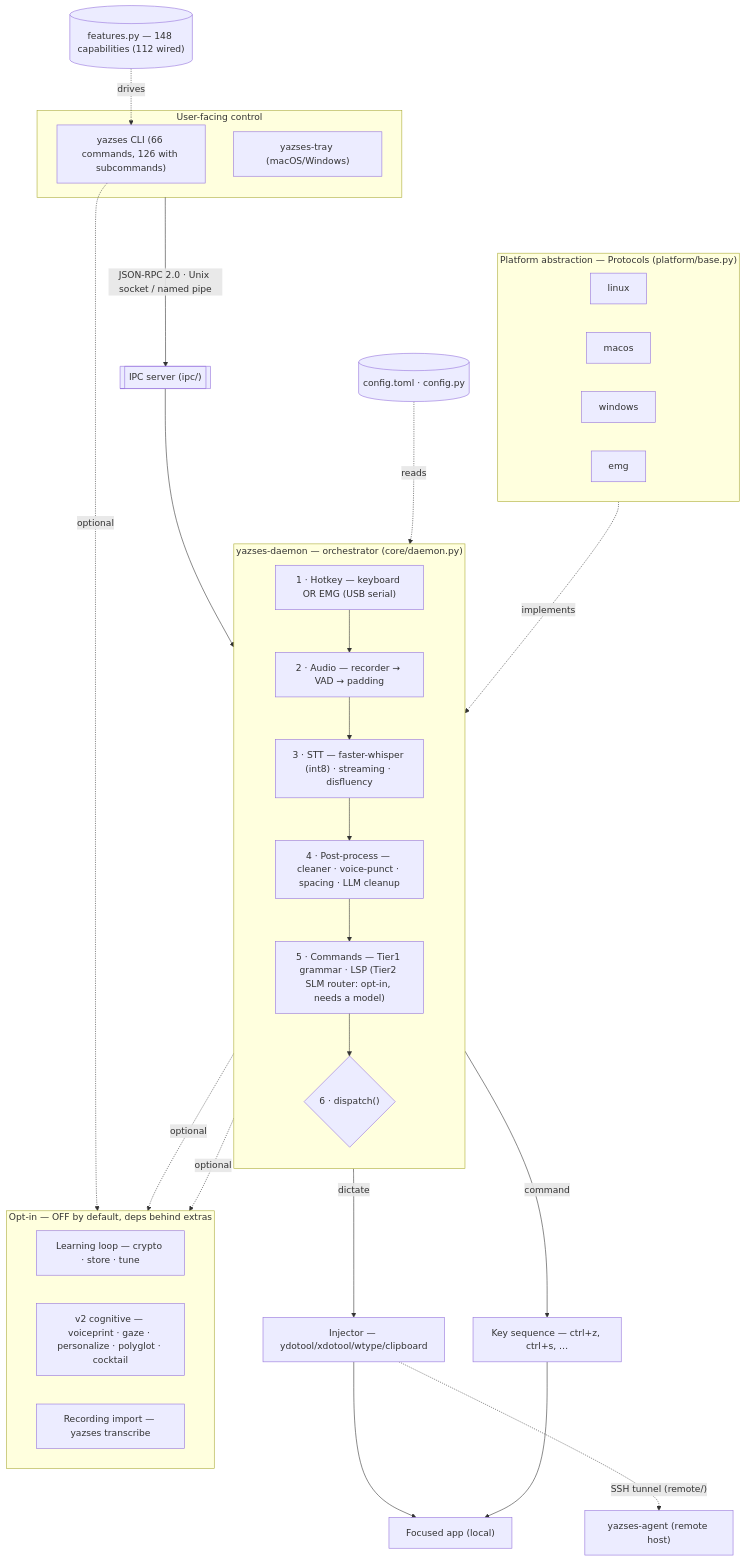
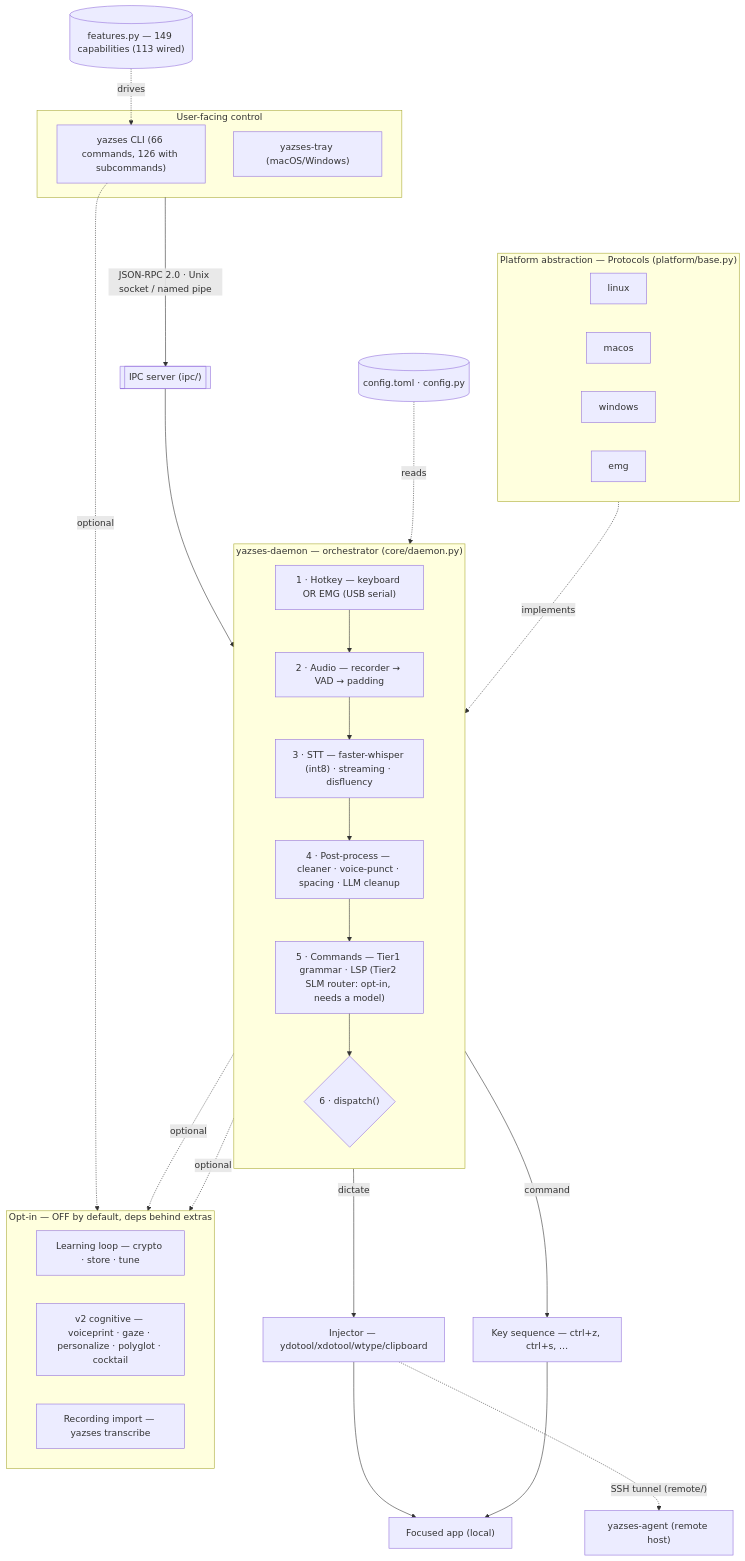
The diagram in docs/diagrams/index.md (MSKazemi/yazses), drawn with Mermaid before and after one commit. The commit also changed 17 other files, not shown here.

````diff
--- a/docs/diagrams/index.md
+++ b/docs/diagrams/index.md
@@ -22,50 +22,50 @@
 ```mermaid
 flowchart TB
   subgraph UI["User-facing control"]
     CLI["yazses CLI (66 commands, 126 with subcommands)"]
     TRAY["yazses-tray (macOS/Windows)"]
   end
   UI -->|"JSON-RPC 2.0 · Unix socket / named pipe"| IPC[["IPC server (ipc/)"]]
   IPC --> DAEMON
 
   subgraph DAEMON["yazses-daemon — orchestrator (core/daemon.py)"]
     direction TB
     HK["1 · Hotkey — keyboard OR EMG (USB serial)"]
     AUD["2 · Audio — recorder → VAD → padding"]
     STT["3 · STT — faster-whisper (int8) · streaming · disfluency"]
     PP["4 · Post-process — cleaner · voice-punct · spacing · LLM cleanup"]
     CMD["5 · Commands — Tier1 grammar · LSP (Tier2 SLM router: opt-in, needs a model)"]
     DIS{"6 · dispatch()"}
     HK --> AUD --> STT --> PP --> CMD --> DIS
   end
 
   CFG[("config.toml · config.py")]
-  FEAT[("features.py — 148 capabilities (112 wired)")]
+  FEAT[("features.py — 149 capabilities (113 wired)")]
   CFG -. reads .-> DAEMON
   FEAT -. drives .-> CLI
 
   DIS -->|dictate| INJ["Injector — ydotool/xdotool/wtype/clipboard"]
   DIS -->|command| KEYS["Key sequence — ctrl+z, ctrl+s, …"]
   INJ --> APP["Focused app (local)"]
   KEYS --> APP
   INJ -. "SSH tunnel (remote/)" .-> AGENT["yazses-agent (remote host)"]
 
   subgraph PLAT["Platform abstraction — Protocols (platform/base.py)"]
     direction LR
     LNX["linux"]
     MAC["macos"]
     WIN["windows"]
     EMG["emg"]
   end
   PLAT -. implements .-> DAEMON
 
   subgraph OPT["Opt-in — OFF by default, deps behind extras"]
     direction LR
     LEARN["Learning loop — crypto · store · tune"]
     V2["v2 cognitive — voiceprint · gaze · personalize · polyglot · cocktail"]
     RECIMP["Recording import — yazses transcribe"]
   end
   DAEMON -. optional .-> LEARN
   DAEMON -. optional .-> V2
   CLI -. optional .-> RECIMP
 ```
````
